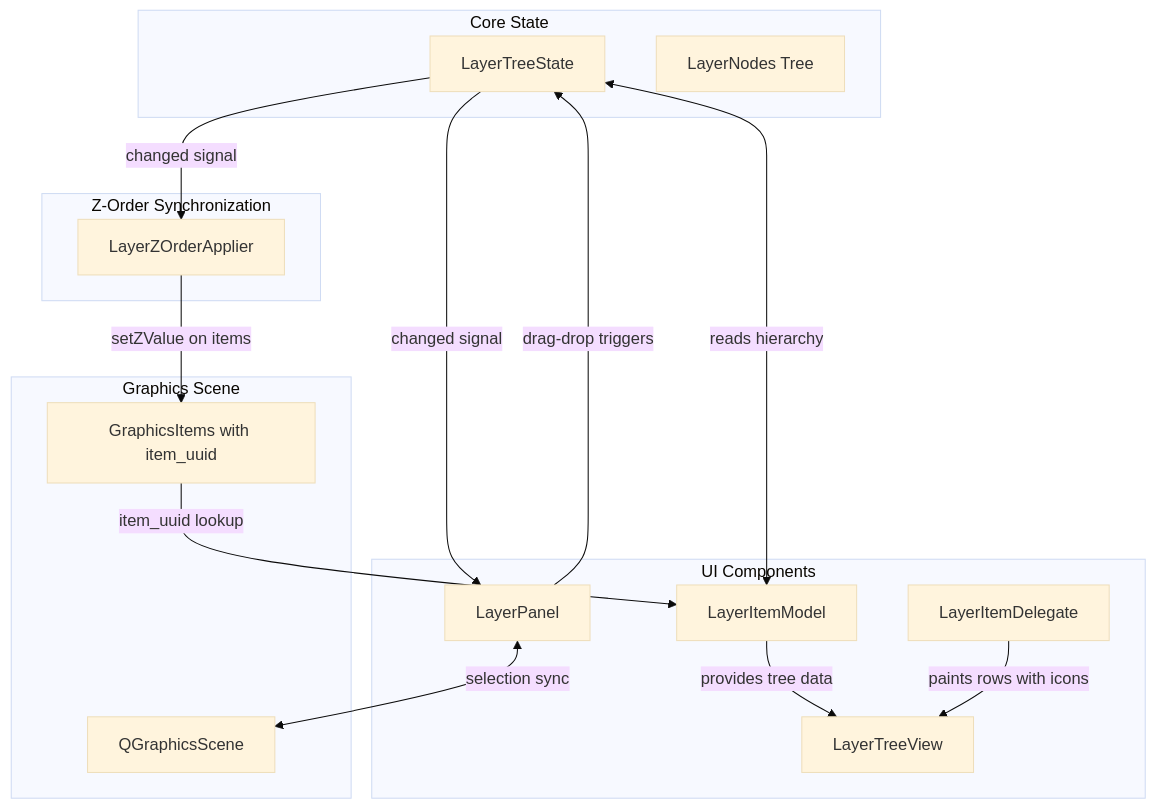
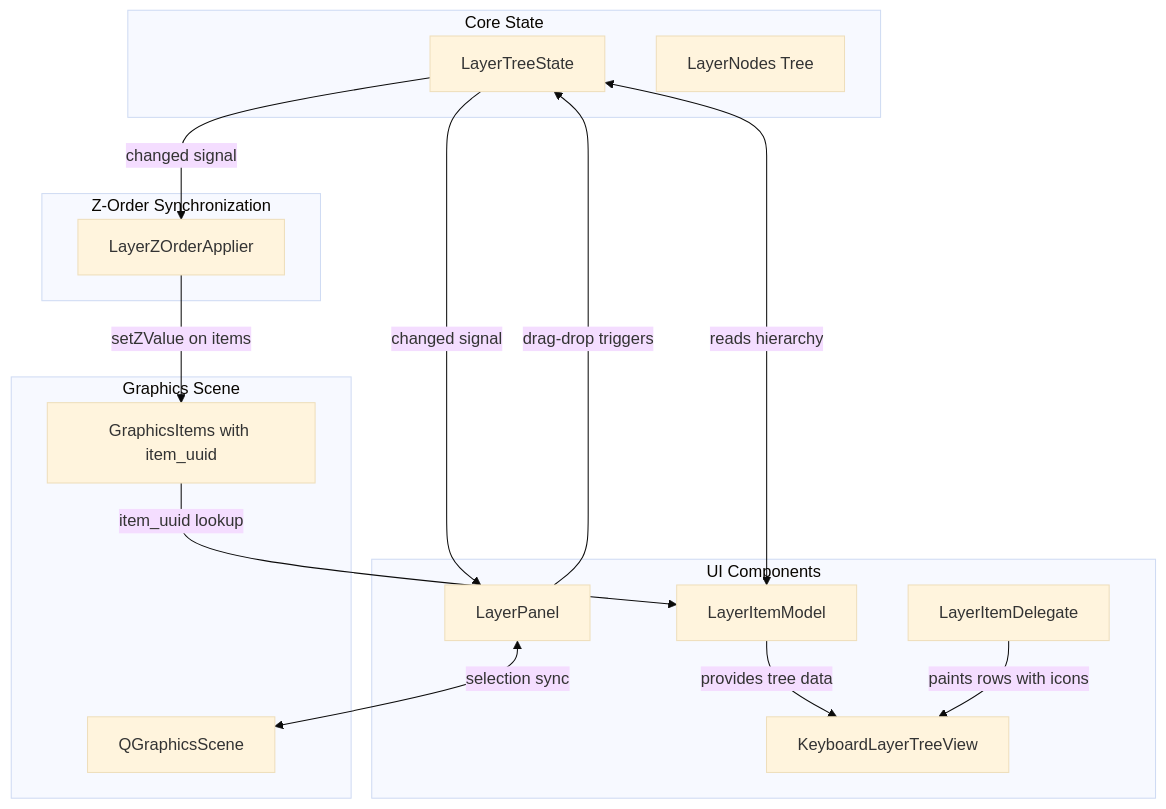
One commit to aadarwal/optiverse changed the second of 2 diagrams in docs/LAYER_WIDGET_SYSTEM.md. Above: the diagram before and after it, drawn with Mermaid (base theme). The commit also changed other lines of this file and 6 other files, not shown here.

Commit message:
Cleated new file for keyboard handling in layer widget

````diff
--- a/docs/LAYER_WIDGET_SYSTEM.md
+++ b/docs/LAYER_WIDGET_SYSTEM.md
@@ -123,33 +123,33 @@
 ```mermaid
 flowchart TD
     subgraph core [Core State]
         LTS[LayerTreeState]
         LN[LayerNodes Tree]
     end
     
     subgraph ui [UI Components]
         LP[LayerPanel]
         LIM[LayerItemModel]
         LID[LayerItemDelegate]
-        LTV[LayerTreeView]
+        LTV[KeyboardLayerTreeView]
     end
     
     subgraph scene [Graphics Scene]
         GS[QGraphicsScene]
         GI[GraphicsItems with item_uuid]
     end
     
     subgraph applier [Z-Order Synchronization]
         LZA[LayerZOrderApplier]
     end
     
     LTS -->|changed signal| LP
     LTS -->|changed signal| LZA
     LTS <-->|reads hierarchy| LIM
     LIM -->|provides tree data| LTV
     LID -->|paints rows with icons| LTV
     LP -->|drag-drop triggers| LTS
     LZA -->|setZValue on items| GI
     GI -->|item_uuid lookup| LIM
     LP <-->|selection sync| GS
 ```
````
